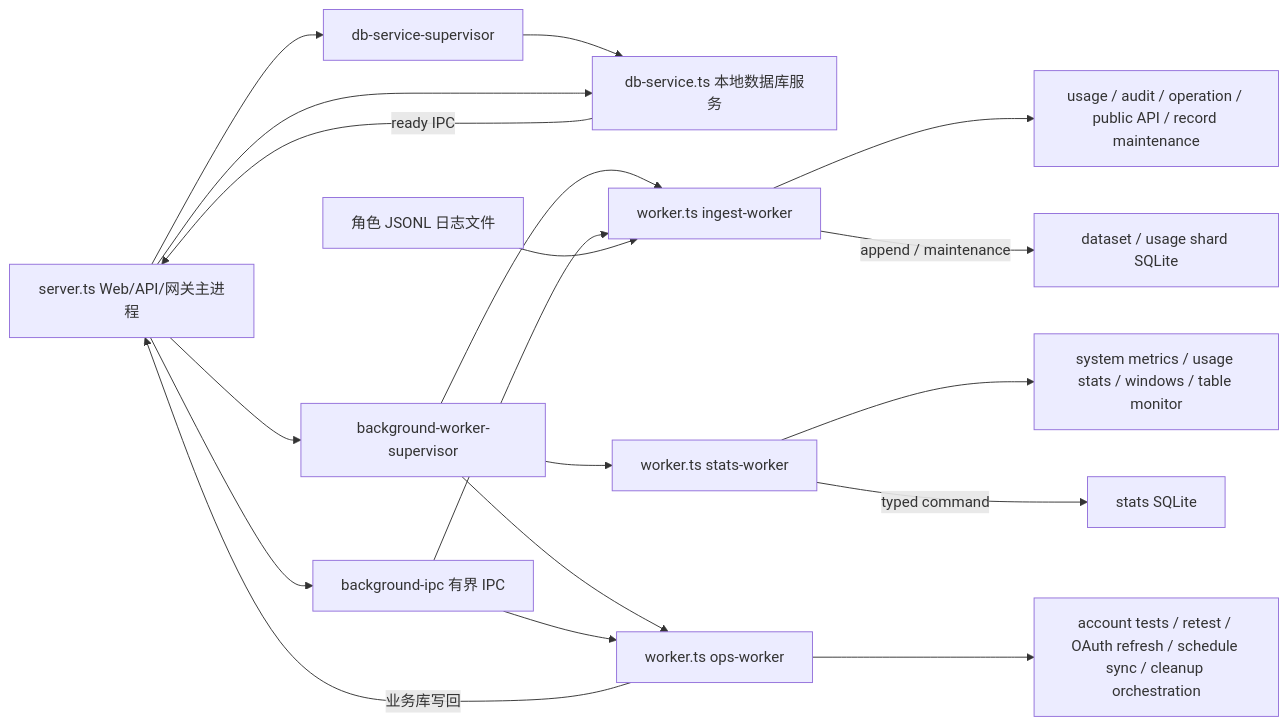
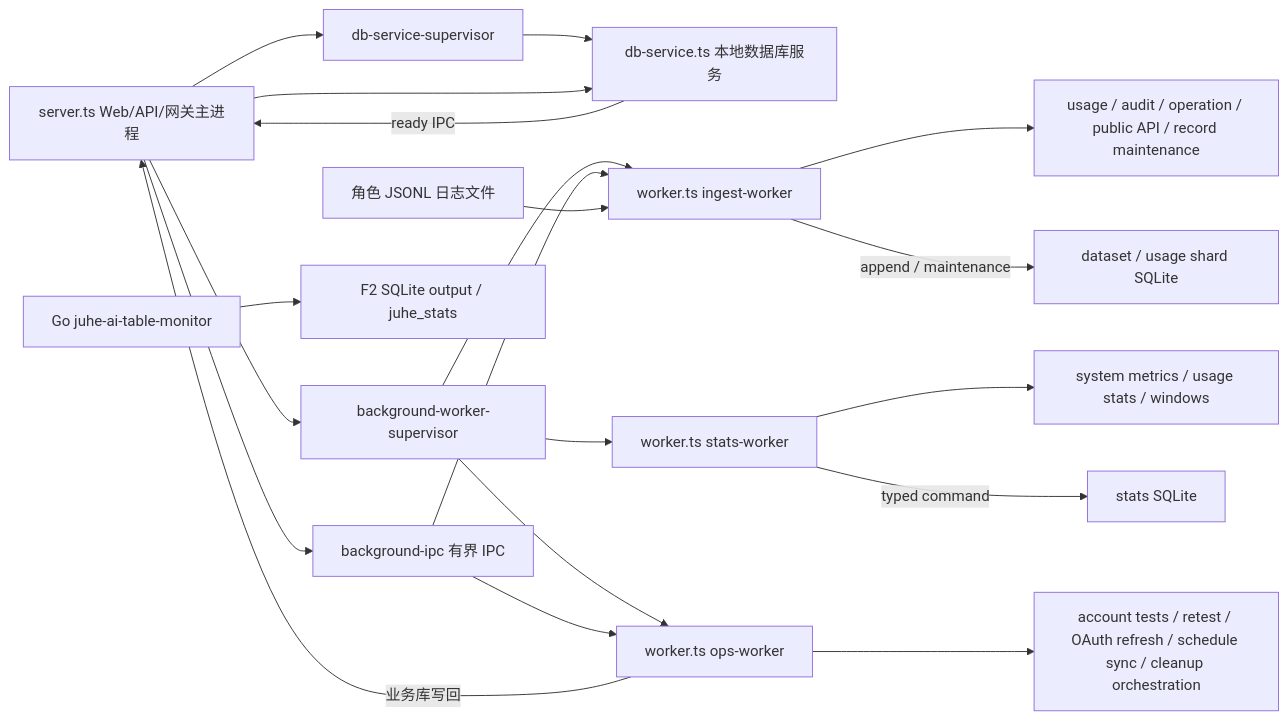
The diagram in docs/architecture/backend/后台任务使用说明.md (huanmin123/juhe-ai), drawn with Mermaid before and after one commit. The commit also changed other lines of this file and 8 other files, not shown here.

Commit message:
docs(table-monitor): document Go owner and Node retirement

````diff
--- a/docs/architecture/backend/后台任务使用说明.md
+++ b/docs/architecture/backend/后台任务使用说明.md
@@ -20,21 +20,22 @@
 ```mermaid
 flowchart LR
   Server["server.ts Web/API/网关主进程"] --> DbSupervisor["db-service-supervisor"]
   DbSupervisor --> DbService["db-service.ts 本地数据库服务"]
   DbService -- "ready IPC" --> Server
   Server --> Supervisor["background-worker-supervisor"]
   Supervisor --> Ingest["worker.ts ingest-worker"]
   Supervisor --> Stats["worker.ts stats-worker"]
   Supervisor --> Ops["worker.ts ops-worker"]
   Server --> IPC["background-ipc 有界 IPC"]
   IPC --> Ingest
   IPC --> Ops
   Ingest --> IngestQueues["usage / audit / operation / public API / record maintenance"]
   LogFiles["角色 JSONL 日志文件"] --> Ingest
-  Stats --> StatsJobs["system metrics / usage stats / windows / table monitor"]
+  Stats --> StatsJobs["system metrics / usage stats / windows"]
+  F2["Go juhe-ai-table-monitor"] --> F2Store["F2 SQLite output / juhe_stats"]
   Ops --> OpsJobs["account tests / retest / OAuth refresh / schedule sync / cleanup orchestration"]
   Stats -- "typed command" --> StatsSQLite["stats SQLite"]
   Ingest -- "append / maintenance" --> DatasetSQLite["dataset / usage shard SQLite"]
   Ops -- "业务库写回" --> Server
   Server --> DbService
 ```
````
